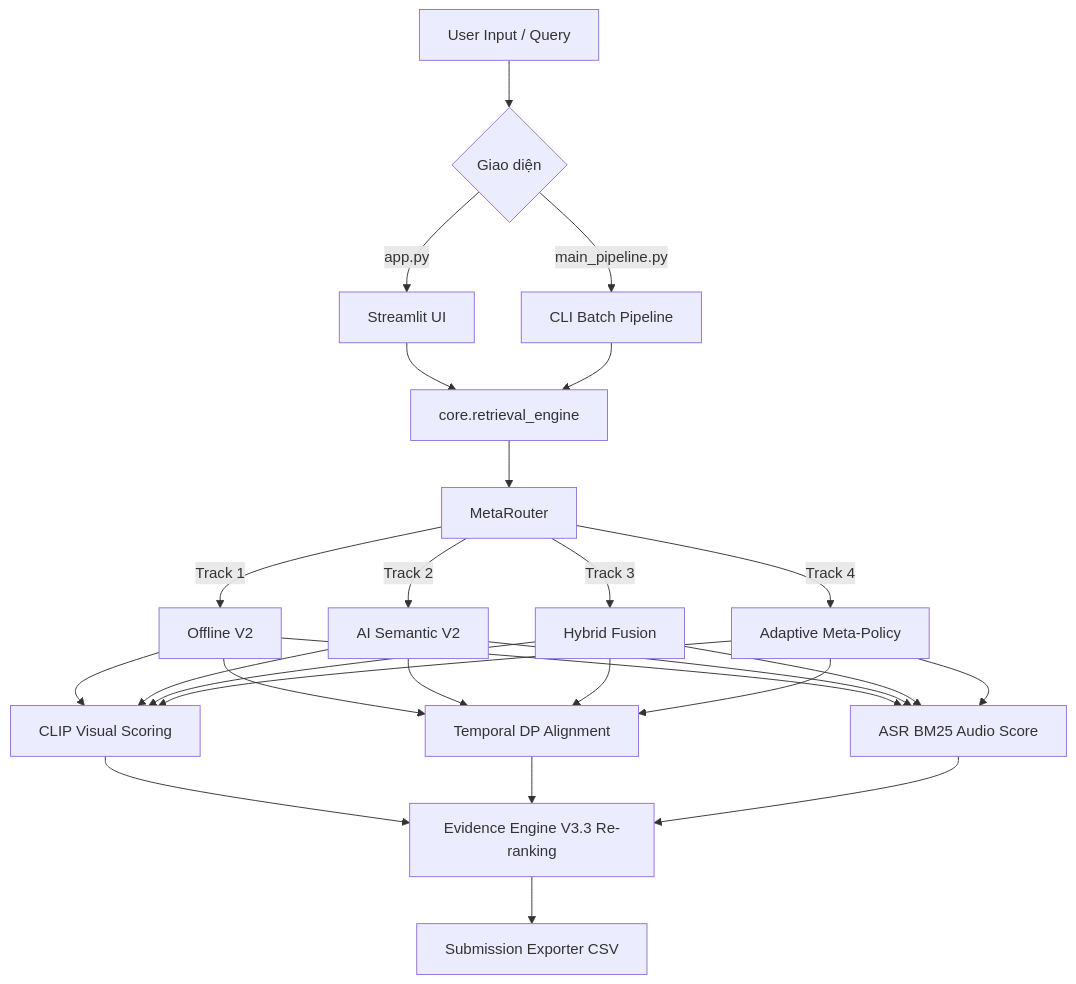
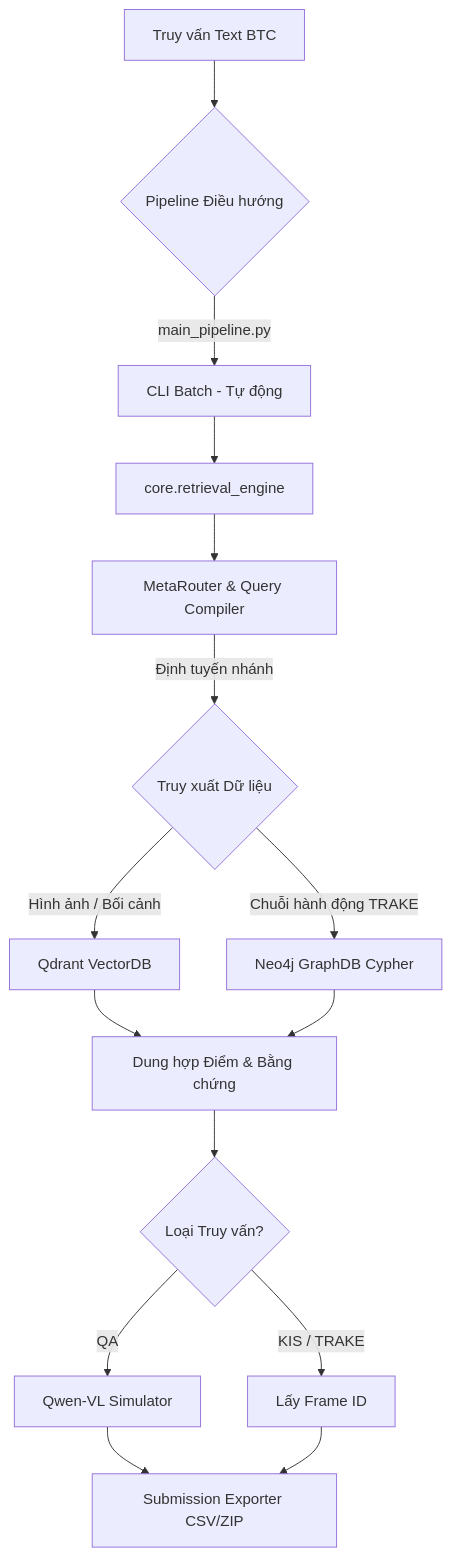
Before and after one commit to Dokiwich/AI-challange: the diagram in ARCHITECTURE.md, drawn with Mermaid. The commit also changed other lines of this file and 8 other files, not shown here.

````diff
--- a/ARCHITECTURE.md
+++ b/ARCHITECTURE.md
@@ -41,22 +37,21 @@
 ```mermaid
 graph TD
-    A[User Input / Query] --> B{Giao diện}
-    B -->|app.py| C[Streamlit UI]
-    B -->|main_pipeline.py| D[CLI Batch Pipeline]
+    A[Truy vấn Text BTC] --> B{Pipeline Điều hướng}
+    B -->|main_pipeline.py| D[CLI Batch - Tự động]
     
-    C --> E[core.retrieval_engine]
-    D --> E
+    D --> E[core.retrieval_engine]
     
-    E --> F[MetaRouter]
-    F -->|Track 1| G[Offline V2]
-    F -->|Track 2| H[AI Semantic V2]
-    F -->|Track 3| I[Hybrid Fusion]
-    F -->|Track 4| J[Adaptive Meta-Policy]
+    E --> F[MetaRouter & Query Compiler]
+    F -->|Định tuyến nhánh| G{Truy xuất Dữ liệu}
     
-    G & H & I & J --> K[CLIP Visual Scoring]
-    G & H & I & J --> L[Temporal DP Alignment]
-    G & H & I & J --> M[ASR BM25 Audio Score]
+    G -->|Hình ảnh / Bối cảnh| H[Qdrant VectorDB]
+    G -->|Chuỗi hành động TRAKE| I[Neo4j GraphDB Cypher]
     
-    K & L & M --> N[Evidence Engine V3.3 Re-ranking]
-    N --> O[Submission Exporter CSV]
+    H & I --> J[Dung hợp Điểm & Bằng chứng]
+    
+    J --> K{Loại Truy vấn?}
+    K -->|QA| L[Qwen-VL Simulator]
+    K -->|KIS / TRAKE| M[Lấy Frame ID]
+    
+    L & M --> N[Submission Exporter CSV/ZIP]
 ```
````
